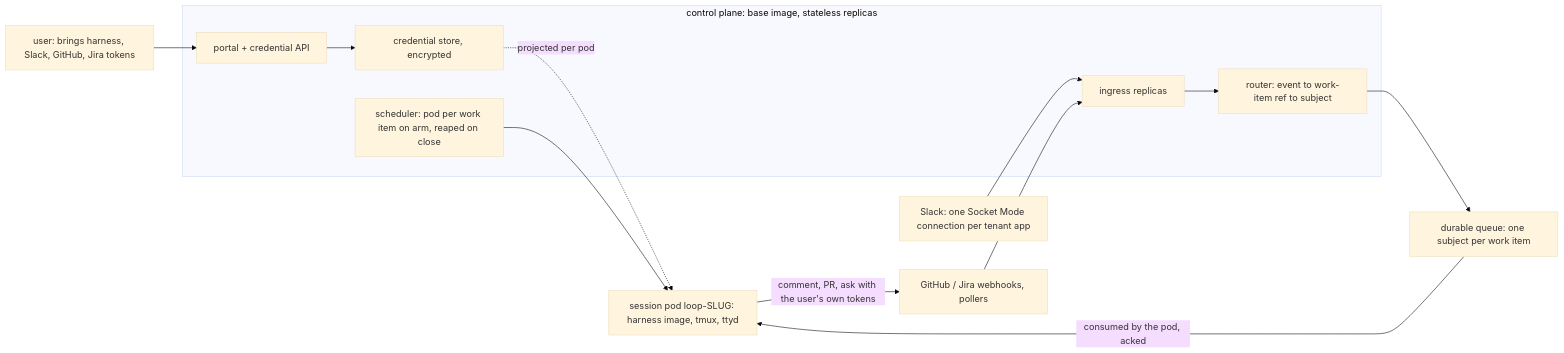
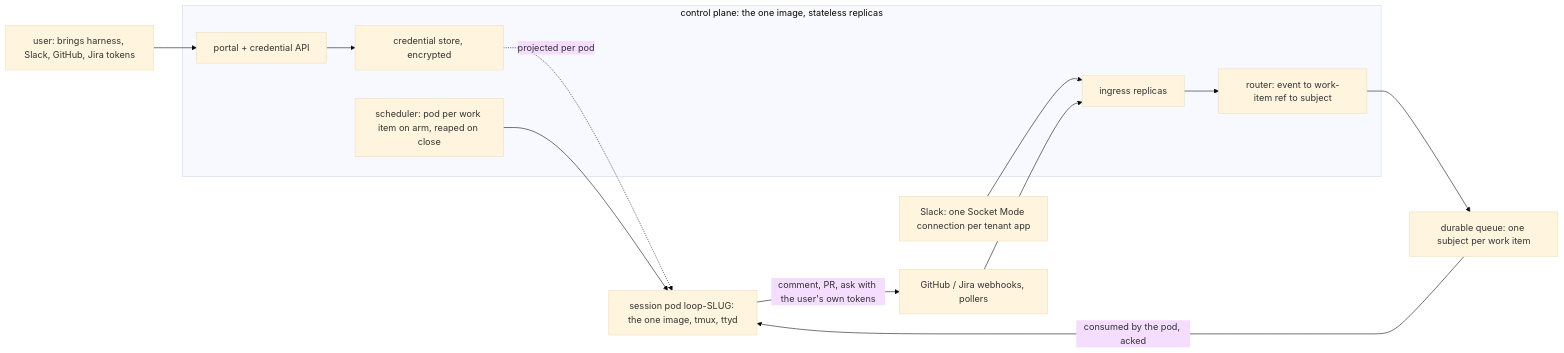
Before and after one commit to MadaraUchiha-314/the-loop: the diagram in docs/specs/issue-492/requirements.md, drawn with Mermaid (base theme). The commit also changed other lines of this file and 1 other file, not shown here.

First line of the commit message:
docs(issue-492): one image carrying every harness (review on PR #493)

````diff
--- a/docs/specs/issue-492/requirements.md
+++ b/docs/specs/issue-492/requirements.md
@@ -44,16 +44,16 @@
 ```mermaid
 flowchart LR
   U["user: brings harness, Slack, GitHub, Jira tokens"] --> PORTAL["portal + credential API"]
   GH["GitHub / Jira webhooks, pollers"] --> ING["ingress replicas"]
   SL["Slack: one Socket Mode connection per tenant app"] --> ING
-  subgraph CP["control plane: base image, stateless replicas"]
+  subgraph CP["control plane: the one image, stateless replicas"]
     PORTAL --> STORE["credential store, encrypted"]
     ING --> ROUTER["router: event to work-item ref to subject"]
     SCHED["scheduler: pod per work item on arm, reaped on close"]
   end
   ROUTER --> Q["durable queue: one subject per work item"]
   STORE -. "projected per pod" .-> POD
-  SCHED --> POD["session pod loop-SLUG: harness image, tmux, ttyd"]
+  SCHED --> POD["session pod loop-SLUG: the one image, tmux, ttyd"]
   Q -- "consumed by the pod, acked" --> POD
   POD -- "comment, PR, ask with the user's own tokens" --> GH
 ```
````
